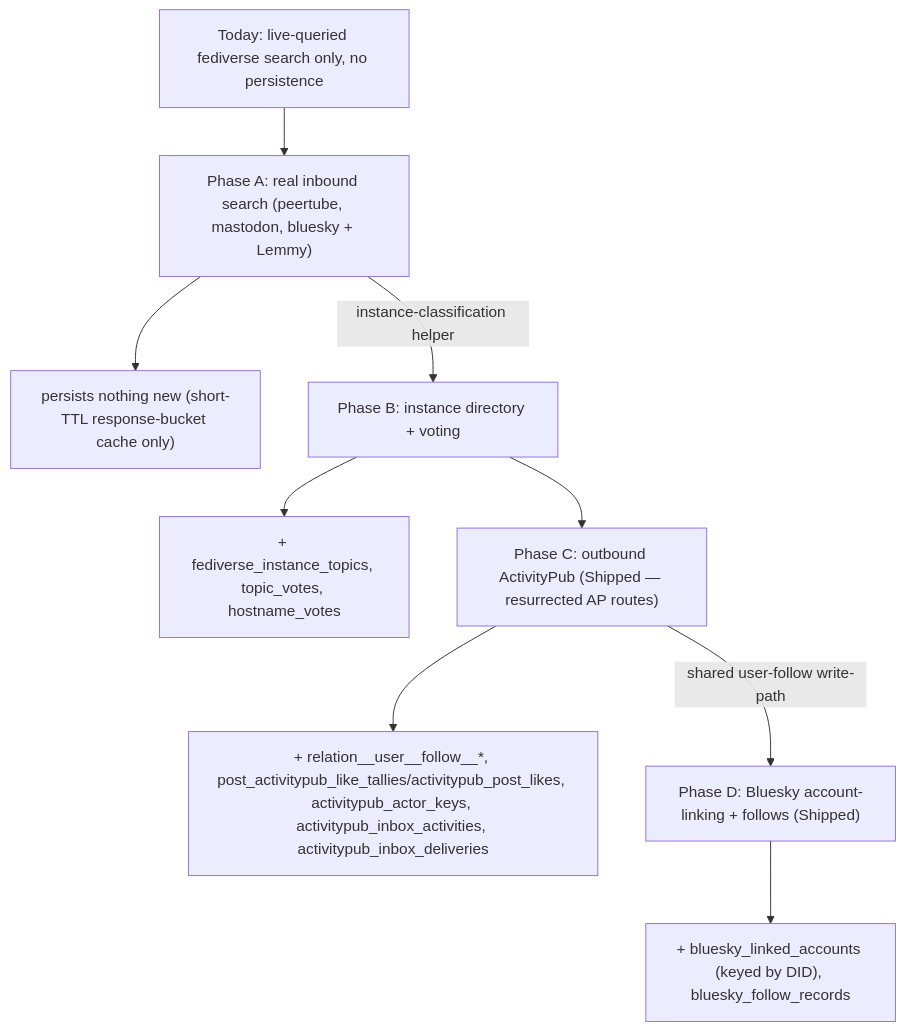
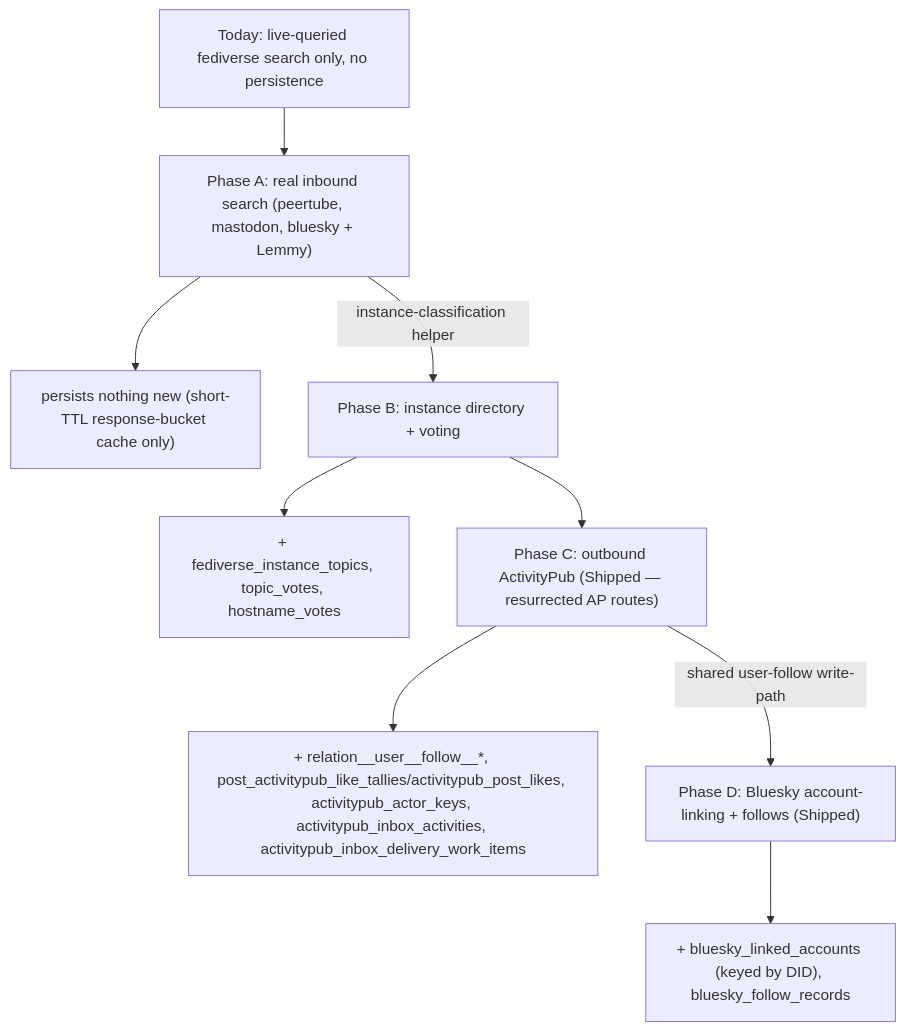
Before and after one commit to vouchington/vouchington: the diagram in docs/overview/architecture/reference-fediverse-federation-protocol-reality.md, drawn with Mermaid. The commit also changed other lines of this file and 373 other files, not shown here.

````diff
--- a/docs/overview/architecture/reference-fediverse-federation-protocol-reality.md
+++ b/docs/overview/architecture/reference-fediverse-federation-protocol-reality.md
@@ -42,11 +42,11 @@
 ```mermaid
 flowchart TD
     Now["Today: live-queried fediverse search only, no persistence"] --> A["Phase A: real inbound search (peertube, mastodon, bluesky + Lemmy)"]
     A --> AP["persists nothing new (short-TTL response-bucket cache only)"]
     A -- "instance-classification helper" --> B["Phase B: instance directory + voting"]
     B --> BP["+ fediverse_instance_topics, topic_votes, hostname_votes"]
     B --> C["Phase C: outbound ActivityPub (Shipped — resurrected AP routes)"]
-    C --> CP["+ relation__user__follow__*, post_activitypub_like_tallies/activitypub_post_likes, activitypub_actor_keys, activitypub_inbox_activities, activitypub_inbox_deliveries"]
+    C --> CP["+ relation__user__follow__*, post_activitypub_like_tallies/activitypub_post_likes, activitypub_actor_keys, activitypub_inbox_activities, activitypub_inbox_delivery_work_items"]
     C -- "shared user-follow write-path" --> D["Phase D: Bluesky account-linking + follows (Shipped)"]
     D --> DP["+ bluesky_linked_accounts (keyed by DID), bluesky_follow_records"]
 ```
````
